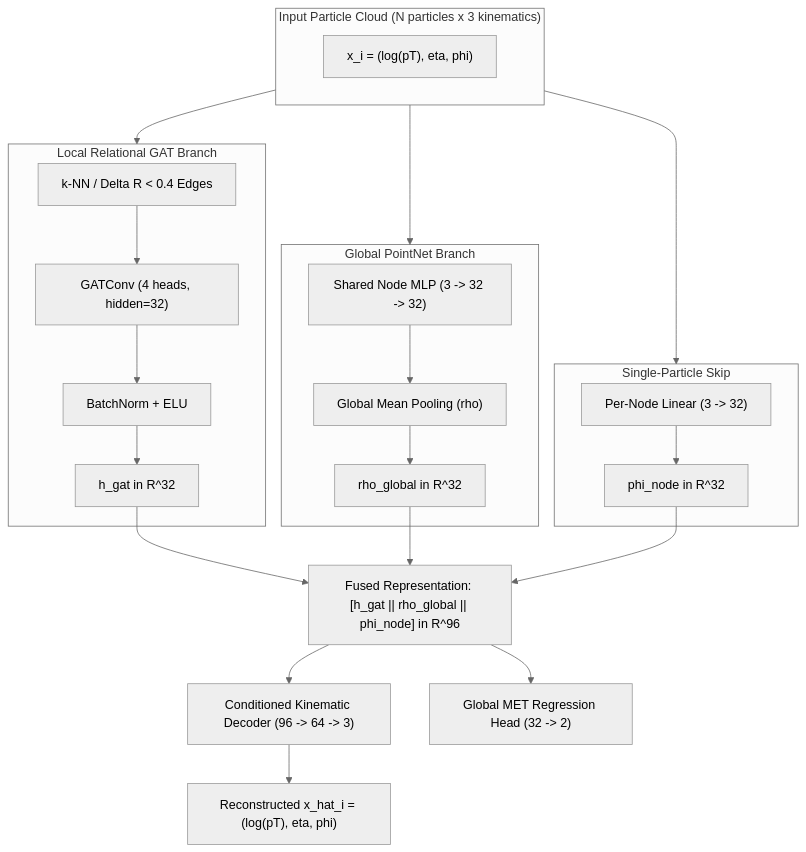
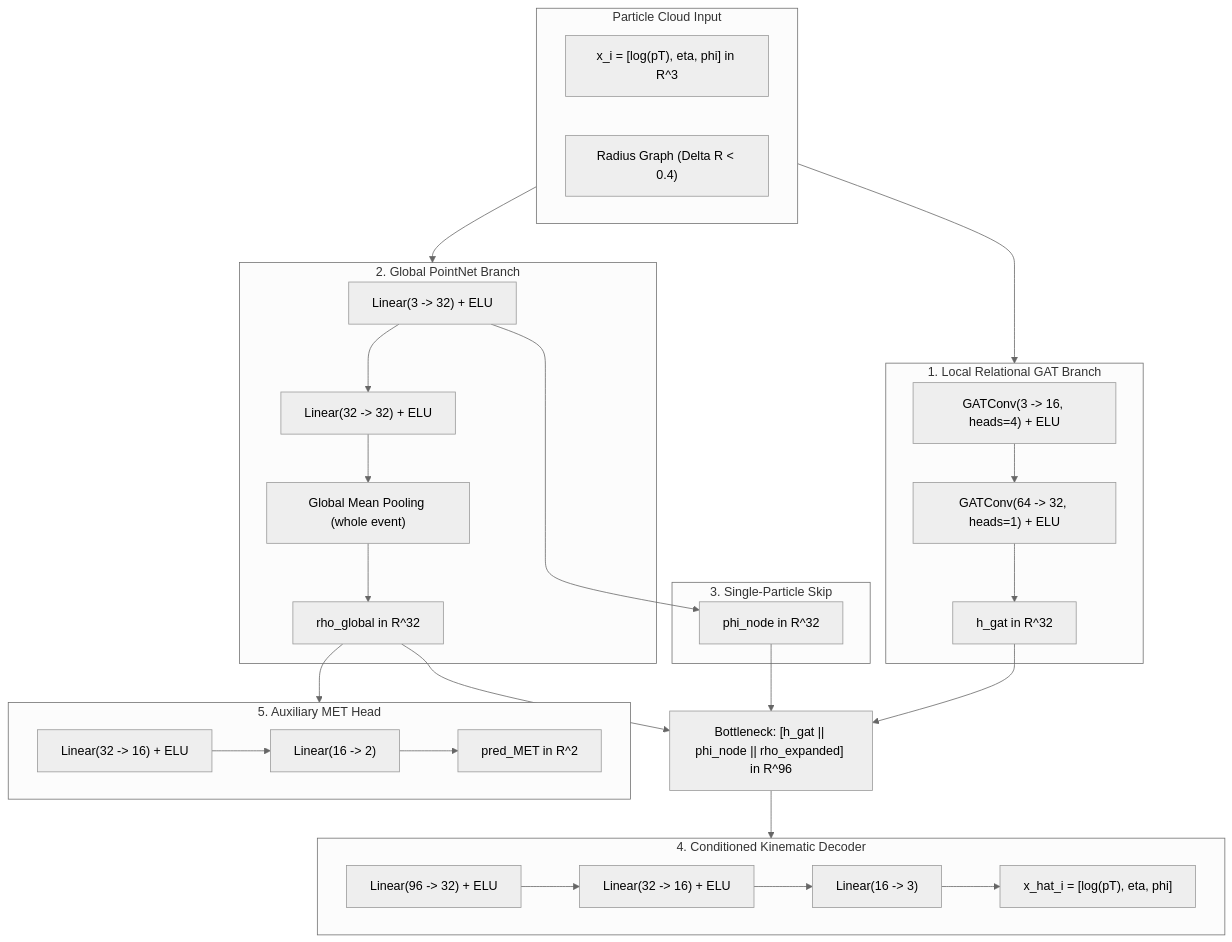
The diagram in comparisons/hybrid_pointnet_gat/final_scientific_report.md (KamitKoul/anomaly-detector-gnn), drawn with Mermaid (neutral theme) before and after one commit. The commit also changed other lines of this file and 28 other files, not shown here.

Commit message:
feat(sweep): complete PointNet-GAT DisCo optimization sweep (15 runs) and publish scientific report

````diff
--- a/comparisons/hybrid_pointnet_gat/final_scientific_report.md
+++ b/comparisons/hybrid_pointnet_gat/final_scientific_report.md
@@ -30,33 +39,49 @@
 ```mermaid
 flowchart TD
-    subgraph Input["Input Particle Cloud (N particles x 3 kinematics)"]
-        PC["x_i = (log(pT), eta, phi)"]
+    subgraph Inputs["Particle Cloud Input"]
+        X["x_i = [log(pT), eta, phi] in R^3"]
+        Edges["Radius Graph (Delta R < 0.4)"]
     end
 
-    subgraph Branch1["Local Relational GAT Branch"]
-        Edges["k-NN / Delta R < 0.4 Edges"] --> GAT["GATConv (4 heads, hidden=32)"]
-        GAT --> Norm1["BatchNorm + ELU"]
-        Norm1 --> H_GAT["h_gat in R^32"]
+    subgraph BranchGAT["1. Local Relational GAT Branch"]
+        GAT1["GATConv(3 -> 16, heads=4) + ELU"]
+        GAT2["GATConv(64 -> 32, heads=1) + ELU"]
+        GAT1 --> GAT2
+        GAT2 --> HGAT["h_gat in R^32"]
     end
 
-    subgraph Branch2["Global PointNet Branch"]
-        MLP1["Shared Node MLP (3 -> 32 -> 32)"] --> Pool["Global Mean Pooling (rho)"]
-        Pool --> H_PN["rho_global in R^32"]
+    subgraph BranchPN["2. Global PointNet Branch"]
+        PN1["Linear(3 -> 32) + ELU"]
+        PN2["Linear(32 -> 32) + ELU"]
+        Pool["Global Mean Pooling (whole event)"]
+        PN1 --> PN2 --> Pool --> RHO["rho_global in R^32"]
     end
 
-    subgraph Branch3["Single-Particle Skip"]
-        MLP2["Per-Node Linear (3 -> 32)"] --> H_Node["phi_node in R^32"]
+    subgraph BranchSkip["3. Single-Particle Skip"]
+        PN1 --> PHI["phi_node in R^32"]
     end
 
-    Input --> Branch1
-    Input --> Branch2
-    Input --> Branch3
+    Inputs --> BranchGAT
+    Inputs --> BranchPN
 
-    H_GAT --> Fused["Fused Representation: [h_gat || rho_global || phi_node] in R^96"]
-    H_PN --> Fused
-    H_Node --> Fused
+    HGAT --> Fused["Bottleneck: [h_gat || phi_node || rho_expanded] in R^96"]
+    PHI --> Fused
+    RHO --> Fused
 
-    Fused --> Decoder["Conditioned Kinematic Decoder (96 -> 64 -> 3)"]
-    Decoder --> Recon["Reconstructed x_hat_i = (log(pT), eta, phi)"]
-    Fused --> METHead["Global MET Regression Head (32 -> 2)"]
+    subgraph Decoder["4. Conditioned Kinematic Decoder"]
+        Dec1["Linear(96 -> 32) + ELU"]
+        Dec2["Linear(32 -> 16) + ELU"]
+        Dec3["Linear(16 -> 3)"]
+        Dec1 --> Dec2 --> Dec3 --> XHat["x_hat_i = [log(pT), eta, phi]"]
+    end
+
+    Fused --> Decoder
+
+    subgraph METHead["5. Auxiliary MET Head"]
+        MET1["Linear(32 -> 16) + ELU"]
+        MET2["Linear(16 -> 2)"]
+        MET1 --> MET2 --> PredMET["pred_MET in R^2"]
+    end
+
+    RHO --> METHead
 ```
````
